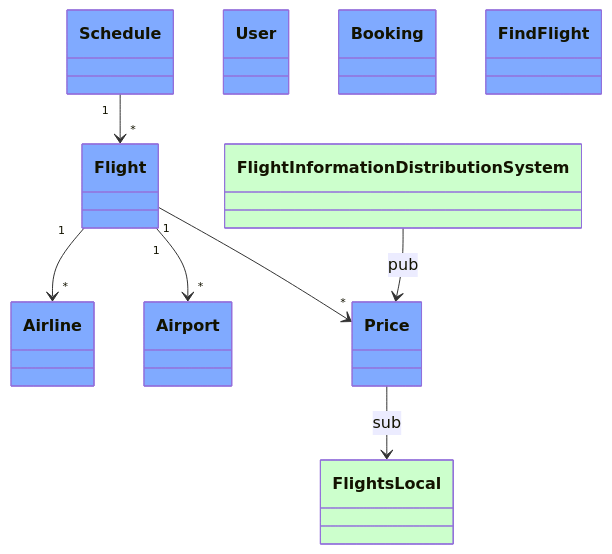
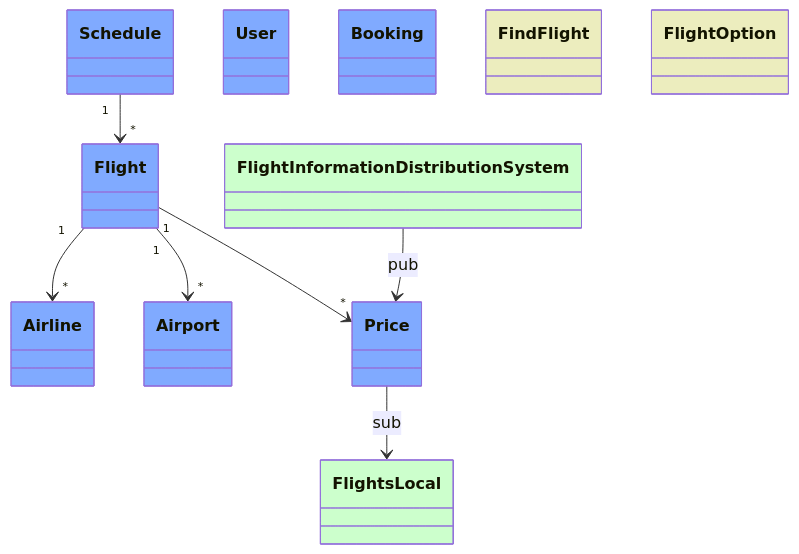
Before and after one commit to kaizensundays/IgniteLab: the diagram in fusion-mu/docs/flights.md, drawn with Mermaid. The commit also changed other lines of this file and 1 other file, not shown here.

Commit message:
[ IgniteLab ] FlightOption

````diff
--- a/fusion-mu/docs/flights.md
+++ b/fusion-mu/docs/flights.md
@@ -3,49 +3,52 @@
 ```mermaid
 
 classDiagram
 %% Entities
     class Airline {
     }
     class Airport {
     }
     class Flight {
     }
     class Schedule {
     }
     class Price {
     }
     class User {
     }
     class Booking {
     }
 %% Messages
     class FindFlight {
+    }
+    class FlightOption {
     }
     class FlightsLocal {
     }
     class FlightInformationDistributionSystem {
     }
 %% Relationships
 
     Flight "1" --> "*" Airline
     Flight "1" --> "*" Airport
     Flight "1" --> "*" Price
     Schedule "1" --> "*" Flight
     
     Price --> FlightsLocal: sub
     FlightInformationDistributionSystem --> Price: pub
     
     style Airline fill: #80aaff
     style Airport fill: #80aaff
     style Flight fill: #80aaff
     style Schedule fill: #80aaff
     style Price fill: #80aaff
     style User fill: #80aaff
     style Booking fill: #80aaff
 
-    style FindFlight fill: #80aaff
+    style FindFlight fill: #ecedbe
+    style FlightOption fill: #ecedbe
 
     style FlightsLocal fill: #ccffcc
     style FlightInformationDistributionSystem fill: #ccffcc
 
 ```
````
